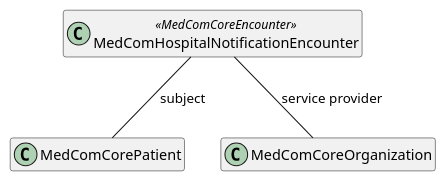
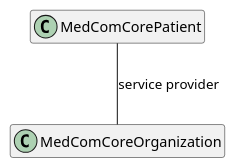
One commit to medcomdk/dk-medcom changed the diagram in puml/HospitalNotificationEncounter.puml. Above: the diagram before and after it, drawn with PlantUML. The commit also changed 2 other files, not shown here.

Commit message:
Updated MedComPatient IG

```diff
--- a/puml/HospitalNotificationEncounter.puml
+++ b/puml/HospitalNotificationEncounter.puml
@@ -1,14 +1,11 @@
-@startuml HospitalNotificationEncounter
+@startuml MedComCorePatient
 
 hide empty members
 
-class "MedComHospitalNotificationEncounter" as encounter <<MedComCoreEncounter>>
 class "MedComCorePatient" as patient
 class "MedComCoreOrganization" as serviceProvider
 
-encounter -- patient : "subject"
-encounter -- serviceProvider : "service provider"
-
+patient -- serviceProvider : "service provider"
 
 
 @enduml
```
